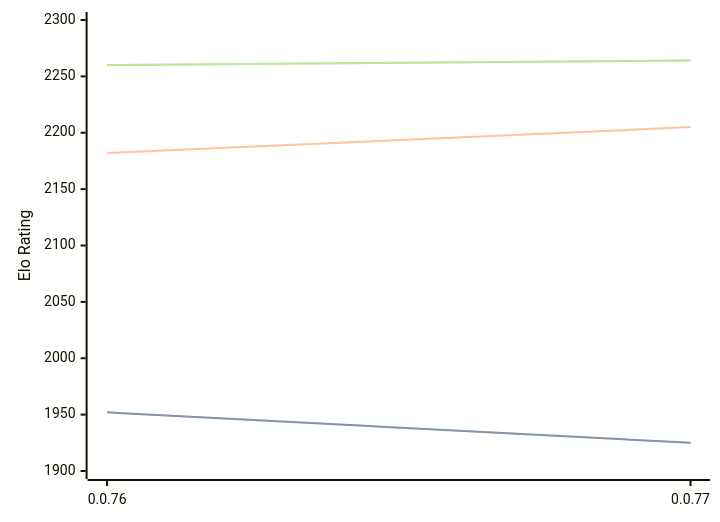
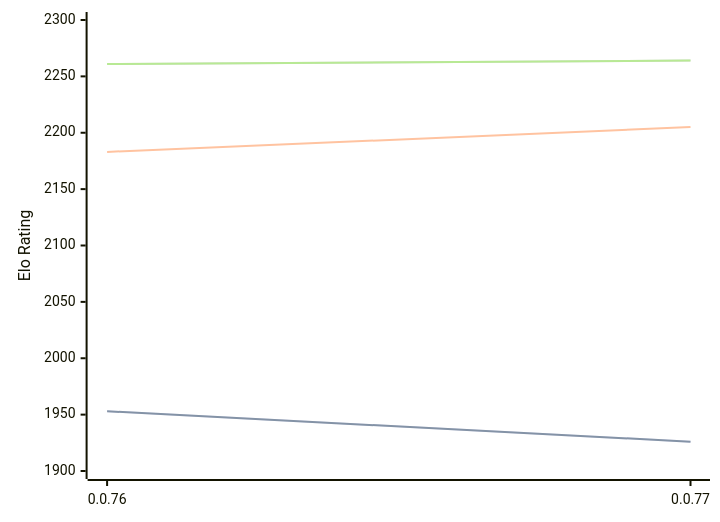
One commit to computer-chess-index/cci changed the diagram in engines/Fktb.md. Above: the diagram before and after it, drawn with Mermaid. The commit also changed other lines of this file, not shown here.

Commit message:
Update CCI Ratings (ELO VLTC) - 2026-02-20

````diff
--- a/engines/Fktb.md
+++ b/engines/Fktb.md
@@ -29,11 +29,11 @@
 ```mermaid
 %%{init: {"theme":"base","themeVariables":{"seriesColors:['#a3a3a3','#222221','#faa371']}}}%%
 xychart-beta
   x-axis ["0.0.76", "0.0.77"]
   y-axis "Elo Rating" 1900 --> 2300
-  line "STC (8.0+0.08s)" [1952, 1925]
-  line "STC (8.0+0.08s)" [1952, 1925]
-  line "LTC (60.0+0.60s)" [2182, 2205]
-  line "VLTC (2m24s+1.12s)" [2260, 2264]
-  line "VLTC (2m24s+1.12s)" [2260, 2264]
+  line "STC (8.0+0.08s)" [1953, 1926]
+  line "STC (8.0+0.08s)" [1953, 1926]
+  line "LTC (60.0+0.60s)" [2183, 2205]
+  line "VLTC (2m24s+1.12s)" [2261, 2264]
+  line "VLTC (2m24s+1.12s)" [2261, 2264]
 ```
````
